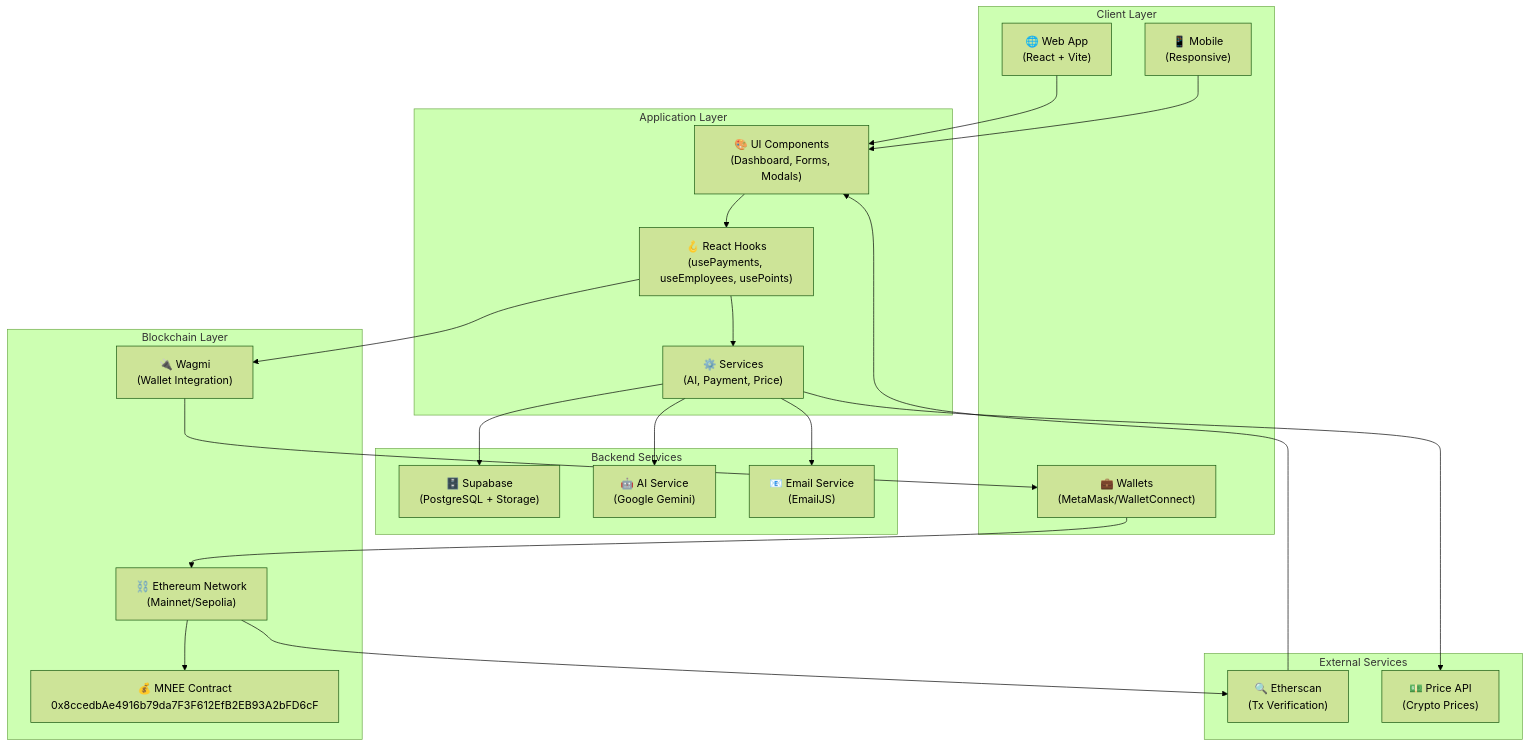
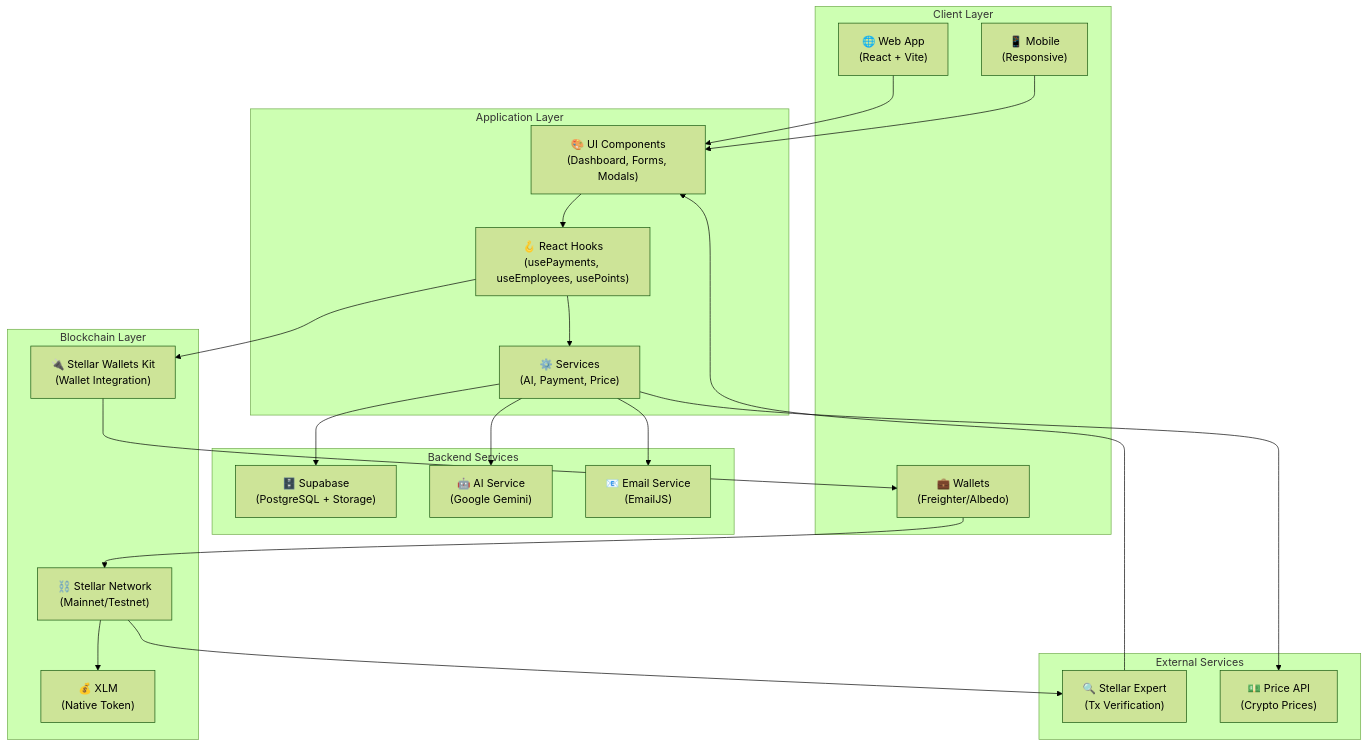
One commit to AmaanSayyad/Gemetra-Stellar changed the first of 10 diagrams in README.md. Above: the diagram before and after it, drawn with Mermaid (forest theme). The commit also changed other lines of this file and 57 other files, not shown here.

````diff
--- a/README.md
+++ b/README.md
@@ -55,46 +55,46 @@
 ```mermaid
 flowchart TB
     subgraph "Client Layer"
         WEB["🌐 Web App<br/>(React + Vite)"]
         MOBILE["📱 Mobile<br/>(Responsive)"]
-        WALLET["💼 Wallets<br/>(MetaMask/WalletConnect)"]
+        WALLET["💼 Wallets<br/>(Freighter/Albedo)"]
     end
 
     subgraph "Application Layer"
         UI["🎨 UI Components<br/>(Dashboard, Forms, Modals)"]
         HOOKS["🪝 React Hooks<br/>(usePayments, useEmployees, usePoints)"]
         SERVICES["⚙️ Services<br/>(AI, Payment, Price)"]
     end
 
     subgraph "Backend Services"
         SUPABASE["🗄️ Supabase<br/>(PostgreSQL + Storage)"]
         AI["🤖 AI Service<br/>(Google Gemini)"]
         EMAIL["📧 Email Service<br/>(EmailJS)"]
     end
 
     subgraph "Blockchain Layer"
-        ETH["⛓️ Ethereum Network<br/>(Mainnet/Sepolia)"]
-        MNEE["💰 MNEE Contract<br/>0x8ccedbAe4916b79da7F3F612EfB2EB93A2bFD6cF"]
-        WAGMI["🔌 Wagmi<br/>(Wallet Integration)"]
+        STELLAR["⛓️ Stellar Network<br/>(Mainnet/Testnet)"]
+        XLM["💰 XLM<br/>(Native Token)"]
+        WALLETKIT["🔌 Stellar Wallets Kit<br/>(Wallet Integration)"]
     end
 
     subgraph "External Services"
-        ETHERSCAN["🔍 Etherscan<br/>(Tx Verification)"]
+        EXPLORER["🔍 Stellar Expert<br/>(Tx Verification)"]
         PRICE["💵 Price API<br/>(Crypto Prices)"]
     end
 
     WEB --> UI
     MOBILE --> UI
     UI --> HOOKS
     HOOKS --> SERVICES
     SERVICES --> SUPABASE
     SERVICES --> AI
     SERVICES --> EMAIL
-    HOOKS --> WAGMI
-    WAGMI --> WALLET
-    WALLET --> ETH
-    ETH --> MNEE
-    ETH --> ETHERSCAN
+    HOOKS --> WALLETKIT
+    WALLETKIT --> WALLET
+    WALLET --> STELLAR
+    STELLAR --> XLM
+    STELLAR --> EXPLORER
     SERVICES --> PRICE
-    ETHERSCAN --> UI
+    EXPLORER --> UI
 ```
````
